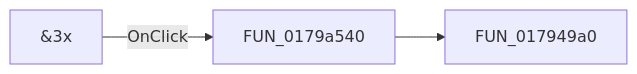
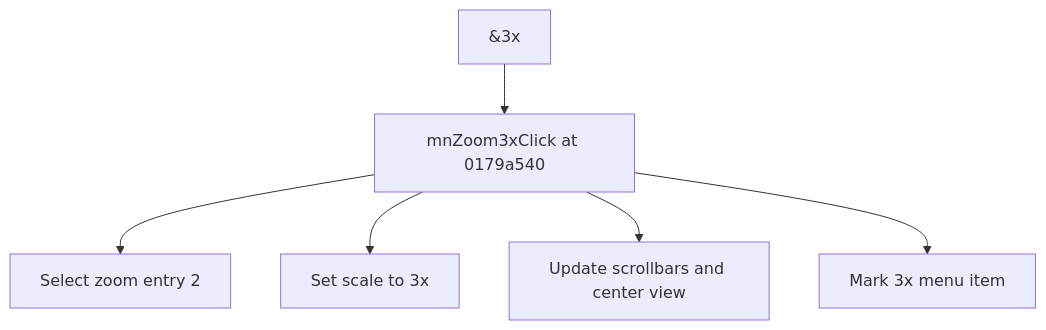
One commit to MovGP0/TIARA changed the diagram in docs/ui-controls/shapeedit/mnzoom3x-baf976b5ea.md. Above: the diagram before and after it, drawn with Mermaid. The commit also changed other lines of this file and 1062 other files, not shown here.

````diff
--- a/docs/ui-controls/shapeedit/mnzoom3x-baf976b5ea.md
+++ b/docs/ui-controls/shapeedit/mnzoom3x-baf976b5ea.md
@@ -27,5 +25,8 @@
 ```mermaid
-flowchart LR
-    control["&3x"] -->|OnClick| handler["FUN_0179a540"]
-    handler --> call1["FUN_017949a0"]
+flowchart TD
+    control["&3x"] --> handler["mnZoom3xClick at 0179a540"]
+    handler --> step1["Select zoom entry 2"]
+    handler --> step2["Set scale to 3x"]
+    handler --> step3["Update scrollbars and center view"]
+    handler --> step4["Mark 3x menu item"]
 ```
````
